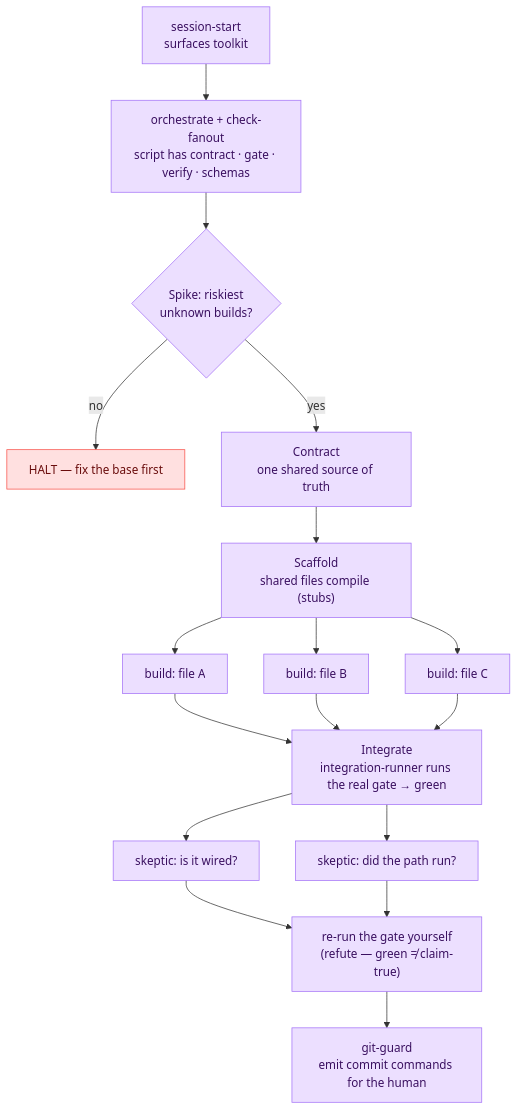
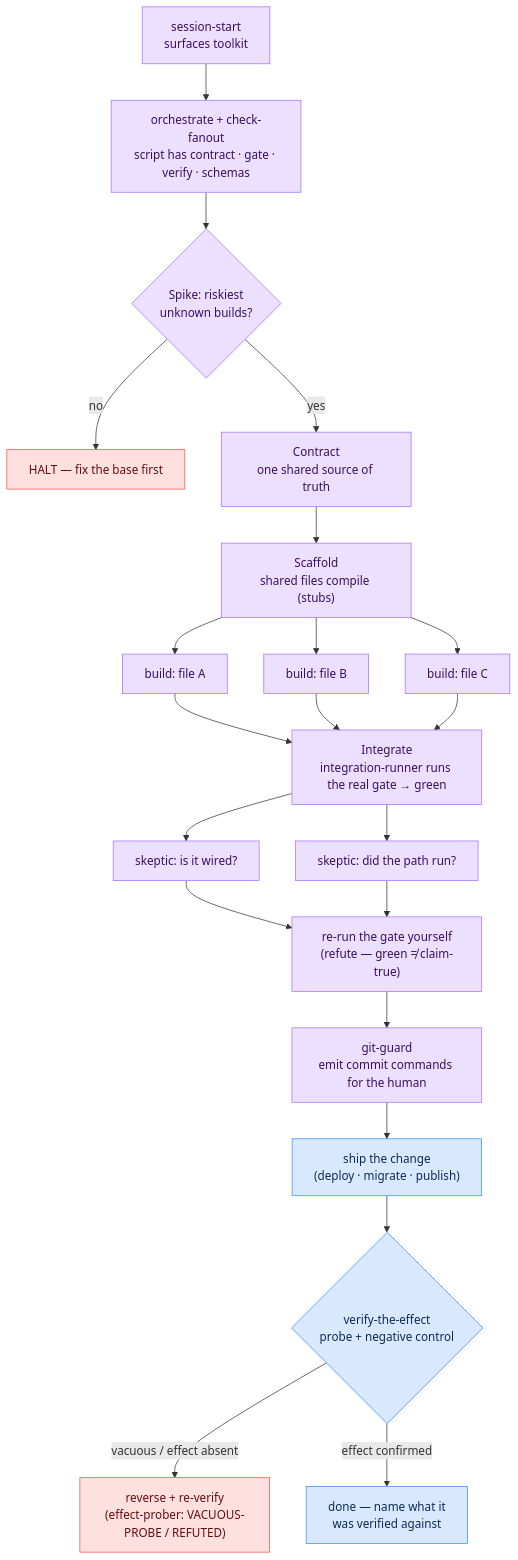
The second of 3 diagrams in README.md (hossainpazooki/rigor), drawn with Mermaid before and after one commit. The commit also changed other lines of this file, not shown here.

Commit message:
docs(readme): weave verify-the-effect into the architecture diagram and sample run

````diff
--- a/README.md
+++ b/README.md
@@ -90,24 +102,31 @@
 ```mermaid
 flowchart TD
     S0["session-start<br/>surfaces toolkit"] --> S1["orchestrate + check-fanout<br/>script has contract · gate · verify · schemas"]
     S1 --> SP{"Spike: riskiest<br/>unknown builds?"}
     SP -->|no| H["HALT — fix the base first"]
     SP -->|yes| C["Contract<br/>one shared source of truth"]
     C --> SC["Scaffold<br/>shared files compile (stubs)"]
     SC --> B1["build: file A"]
     SC --> B2["build: file B"]
     SC --> B3["build: file C"]
     B1 --> IG["Integrate<br/>integration-runner runs the real gate → green"]
     B2 --> IG
     B3 --> IG
     IG --> V1["skeptic: is it wired?"]
     IG --> V2["skeptic: did the path run?"]
     V1 --> RV["re-run the gate yourself<br/>(refute — green ≠ claim-true)"]
     V2 --> RV
     RV --> GC["git-guard<br/>emit commit commands for the human"]
+    GC --> SHIP["ship the change<br/>(deploy · migrate · publish)"]
+    SHIP --> VTE2{"verify-the-effect<br/>probe + negative control"}
+    VTE2 -->|"vacuous / effect absent"| REV["reverse + re-verify<br/>(effect-prober: VACUOUS-PROBE / REFUTED)"]
+    VTE2 -->|"effect confirmed"| DONE["done — name what it<br/>was verified against"]
 
     classDef p3 fill:#ecdfff,stroke:#a371f7,color:#3a1060;
+    classDef p2 fill:#d8e9ff,stroke:#388bfd,color:#0d2b52;
     classDef halt fill:#ffe0e0,stroke:#f85149,color:#6a0d0d;
     class S0,S1,SP,C,SC,B1,B2,B3,IG,V1,V2,RV,GC p3;
+    class SHIP,VTE2,DONE p2;
+    class REV halt;
     class H halt;
 ```
````
